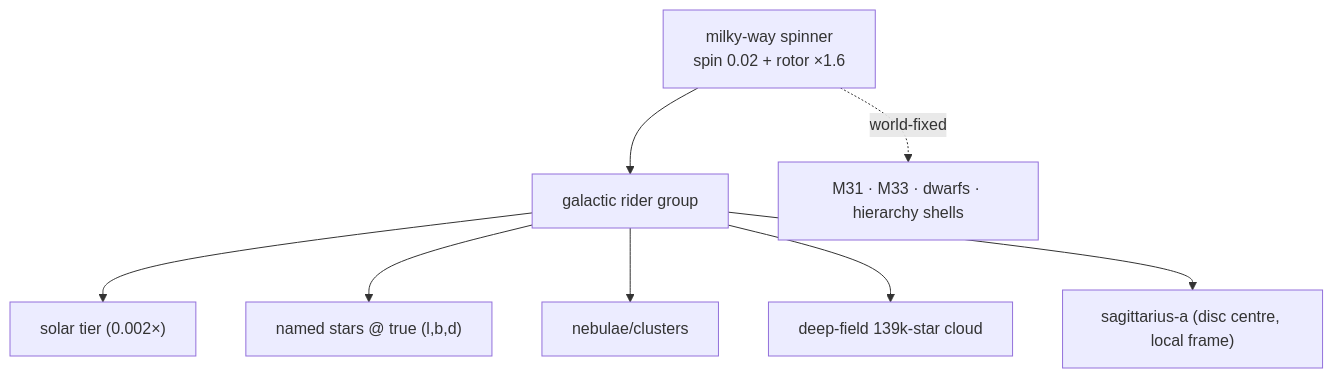
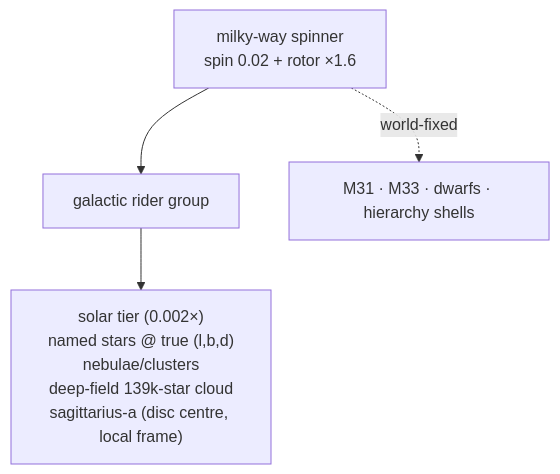
The fourth of 8 diagrams in docs/architecture/star-field.md (LuisKrotz/luiskr.com-V3-shared), drawn with Mermaid before and after one commit. The commit also changed other lines of this file and 24 other files, not shown here.

First line of the commit message:
feat: live-translated locale pages at public paths + vertical mermaid

````diff
--- a/docs/architecture/star-field.md
+++ b/docs/architecture/star-field.md
@@ -186,10 +150,6 @@
 ```mermaid
 flowchart TB
     MW["milky-way spinner<br/>spin 0.02 + rotor ×1.6"] --> RIDER["galactic rider group"]
-    RIDER --> SUN["solar tier (0.002×)"]
-    RIDER --> NBS["named stars @ true (l,b,d)"]
-    RIDER --> NEBS["nebulae/clusters"]
-    RIDER --> CLD["deep-field 139k-star cloud"]
-    RIDER --> SGR["sagittarius-a (disc centre, local frame)"]
+    RIDER --> BOD["solar tier (0.002×)<br/>named stars @ true (l,b,d)<br/>nebulae/clusters<br/>deep-field 139k-star cloud<br/>sagittarius-a (disc centre, local frame)"]
     MW -.->|"world-fixed"| EXT["M31 · M33 · dwarfs · hierarchy shells"]
 ```
````
